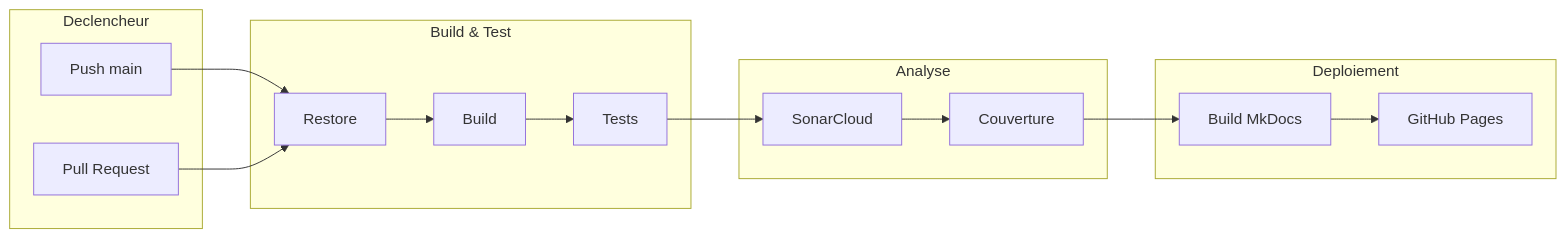
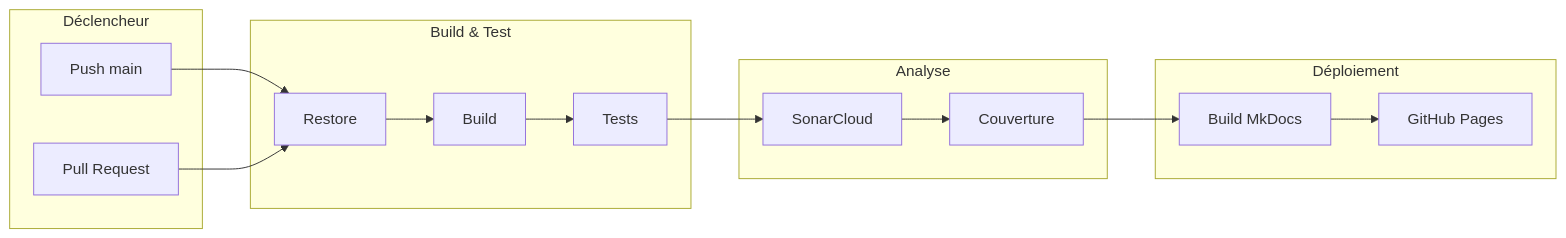
One commit to HugoRytlewski/AdvancedDevSampleFinal changed the fifth of 5 diagrams in docs/architecture.md. Above: the diagram before and after it, drawn with Mermaid. The commit also changed other lines of this file and 7 other files, not shown here.

````diff
--- a/docs/architecture.md
+++ b/docs/architecture.md
@@ -134,32 +134,32 @@
 ```mermaid
 flowchart LR
-    subgraph Trigger["Declencheur"]
+    subgraph Trigger["Déclencheur"]
         Push[Push main]
         PR[Pull Request]
     end
     
     subgraph Build["Build & Test"]
         Restore[Restore]
         Compile[Build]
         Test[Tests]
     end
     
     subgraph Analysis["Analyse"]
         Sonar[SonarCloud]
         Coverage[Couverture]
     end
     
-    subgraph Deploy["Deploiement"]
+    subgraph Deploy["Déploiement"]
         MkDocs[Build MkDocs]
         Pages[GitHub Pages]
     end
     
     Push --> Restore
     PR --> Restore
     Restore --> Compile
     Compile --> Test
     Test --> Sonar
     Sonar --> Coverage
     Coverage --> MkDocs
     MkDocs --> Pages
 ```
````
